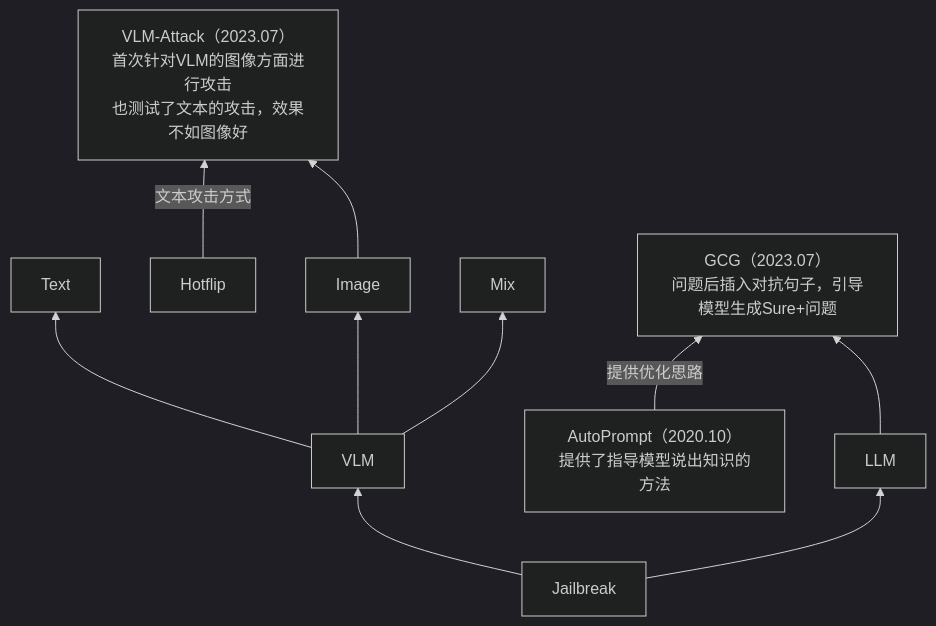
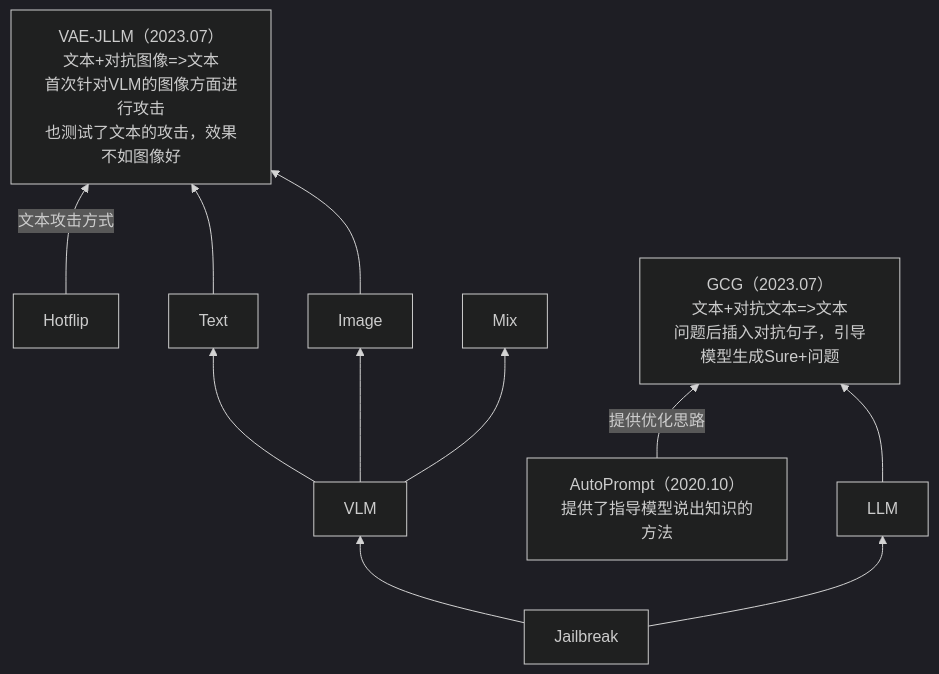
One commit to Elephant-King9/Paper changed the fourth of 5 diagrams in Attack/Jailbreak/analyse.md. Above: the diagram before and after it, drawn with Mermaid (dark theme). The commit also changed other lines of this file and 10 other files, not shown here.

````diff
--- a/Attack/Jailbreak/analyse.md
+++ b/Attack/Jailbreak/analyse.md
@@ -39,15 +45,16 @@
 ```mermaid
 flowchart BT
 	Jailbreak-->LLM
 	Jailbreak-->VLM
 	VLM-->Text
 	VLM-->Image
-	Hotflip-->|文本攻击方式|VLM-Attack
-	Image-->VLM-Attack
+	Hotflip-->|文本攻击方式|VAE-JLLM
+	Text-->VAE-JLLM
+	Image-->VAE-JLLM
 	VLM-->Mix
 	AutoPrompt-->|提供优化思路|GCG
 	LLM-->GCG
 	AutoPrompt[AutoPrompt（2020.10）<br>提供了指导模型说出知识的方法]
-	GCG[GCG（2023.07）<br>问题后插入对抗句子，引导模型生成Sure+问题]
-	VLM-Attack[VLM-Attack（2023.07）<br>首次针对VLM的图像方面进行攻击<br>也测试了文本的攻击，效果不如图像好]
+	GCG[GCG（2023.07）<br>文本+对抗文本=>文本<br>问题后插入对抗句子，引导模型生成Sure+问题]
+	VAE-JLLM[VAE-JLLM（2023.07）<br>文本+对抗图像=>文本<br>首次针对VLM的图像方面进行攻击<br>也测试了文本的攻击，效果不如图像好]
 ```
````
